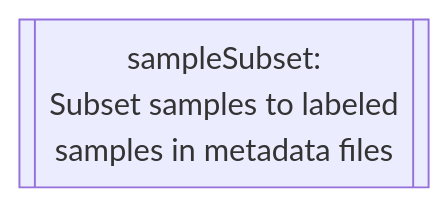
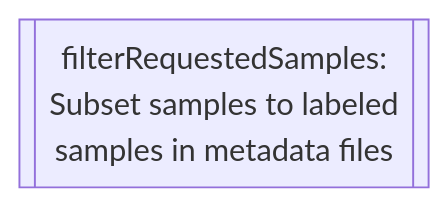
One commit to Tuks-ICMM/Pharmacogenetic-Analysis-Pipeline changed diagram 11 of 26 in docs/02-workflow/02-analysis.md. Above: the diagram before and after it, drawn with Mermaid. The commit also changed other lines of this file, not shown here.

````diff
--- a/docs/02-workflow/02-analysis.md
+++ b/docs/02-workflow/02-analysis.md
@@ -112,4 +263,4 @@
-```mermaid
-flowchart TD
-sampleSubset[[sampleSubset:\nSubset samples to labeled\nsamples in metadata files]]
-```
+  ```mermaid
+  flowchart TD
+  filterRequestedSamples[[filterRequestedSamples:\nSubset samples to labeled\nsamples in metadata files]]
+  ```
````
